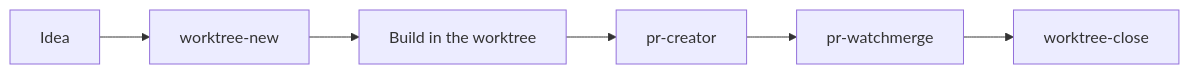
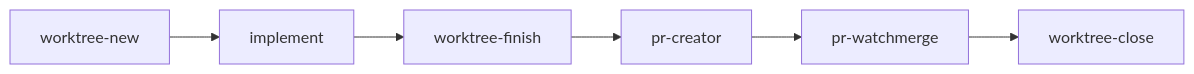
Before and after one commit to FAZuH/agent: diagram 12 of 14 in docs/skill-guide.md, drawn with Mermaid. The commit also changed other lines of this file, not shown here.

First line of the commit message:
docs: make the workflow diagrams skill-only [no ci]

````diff
--- a/docs/skill-guide.md
+++ b/docs/skill-guide.md
@@ -305,8 +288,8 @@
 ```mermaid
 flowchart LR
-  I[Idea] --> W[worktree-new]
-  W --> B[Build in the worktree]
-  B --> P[pr-creator]
+  W[worktree-new] --> I[implement]
+  I --> F[worktree-finish]
+  F --> P[pr-creator]
   P --> M[pr-watchmerge]
   M --> C[worktree-close]
 ```
````
